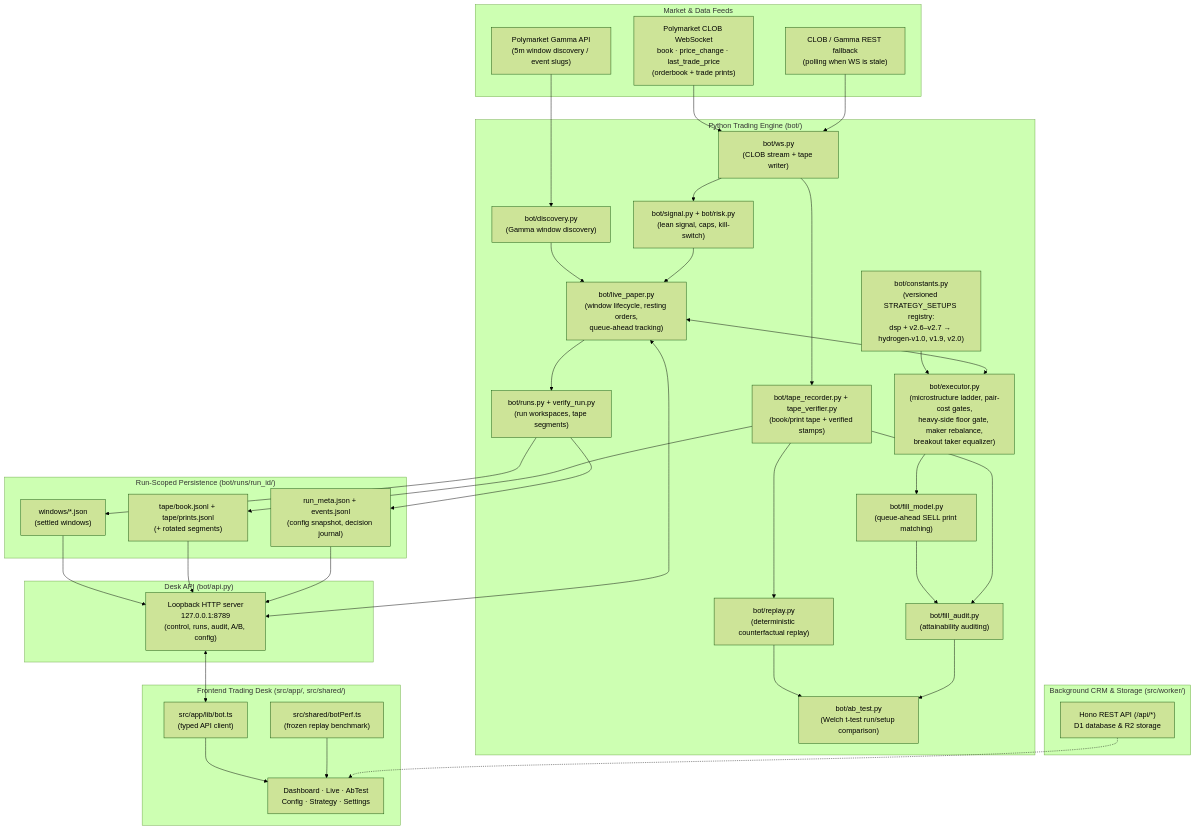
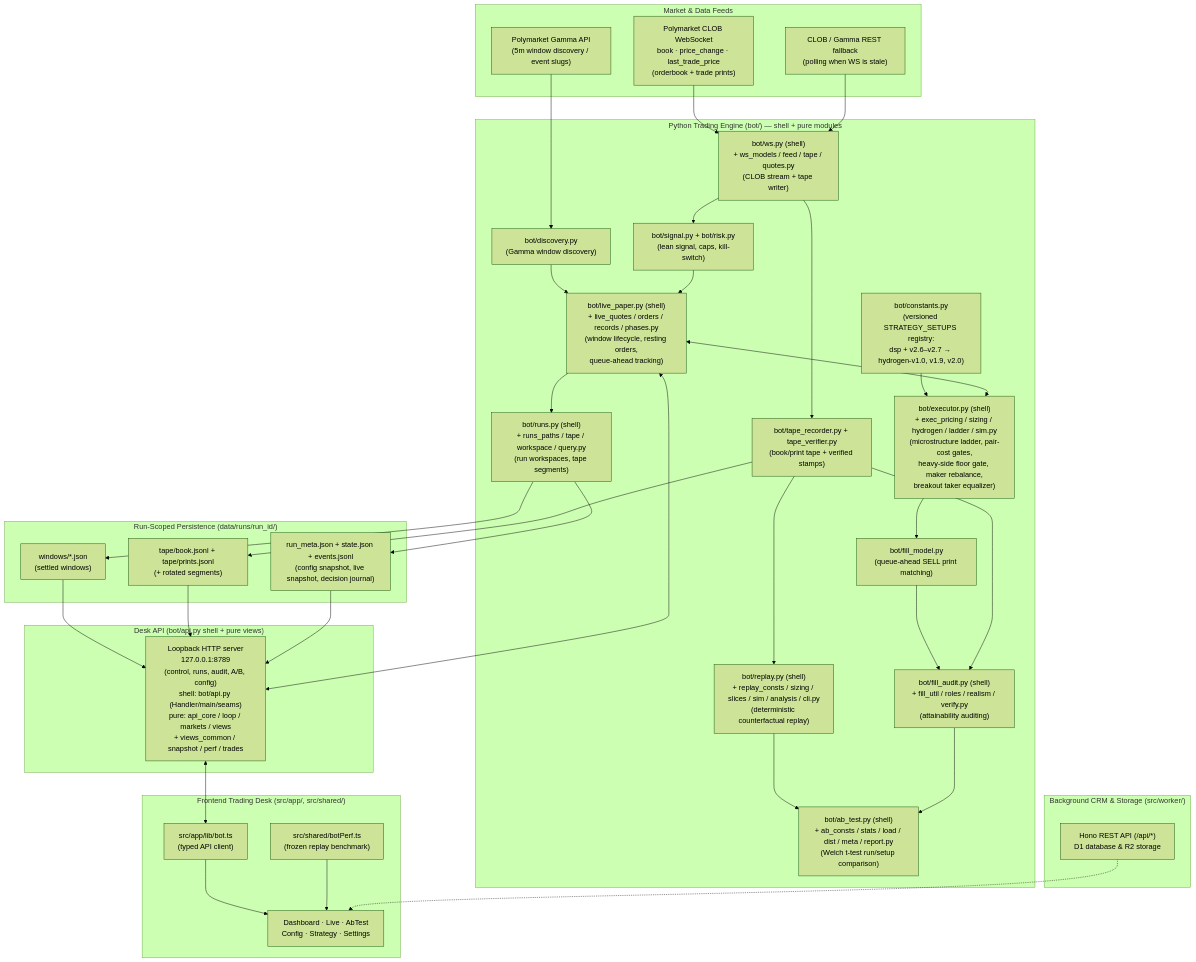
The diagram in docs/architecture.md (AI-Degen-69/dangerously-skip-permissions-Bot), drawn with Mermaid (forest theme) before and after one commit. The commit also changed other lines of this file and 68 other files, not shown here.

First line of the commit message:
[REFACTOR] Split god files into shell plus pure modules

````diff
--- a/docs/architecture.md
+++ b/docs/architecture.md
@@ -16,71 +16,71 @@
 ```mermaid
 flowchart TD
     subgraph MarketData ["Market & Data Feeds"]
         Gamma["Polymarket Gamma API<br/>(5m window discovery / event slugs)"]
         CLOB["Polymarket CLOB WebSocket<br/>book · price_change · last_trade_price<br/>(orderbook + trade prints)"]
         REST["CLOB / Gamma REST fallback<br/>(polling when WS is stale)"]
     end
 
-    subgraph BotEngine ["Python Trading Engine (bot/)"]
+    subgraph BotEngine ["Python Trading Engine (bot/) — shell + pure modules"]
         Discovery["bot/discovery.py<br/>(Gamma window discovery)"]
-        LivePaper["bot/live_paper.py<br/>(window lifecycle, resting orders,<br/>queue-ahead tracking)"]
-        Executor["bot/executor.py<br/>(microstructure ladder, pair-cost gates,<br/>heavy-side floor gate, maker rebalance,<br/>breakout taker equalizer)"]
+        LivePaper["bot/live_paper.py (shell)<br/>+ live_quotes / orders / records / phases.py<br/>(window lifecycle, resting orders,<br/>queue-ahead tracking)"]
+        Executor["bot/executor.py (shell)<br/>+ exec_pricing / sizing / hydrogen / ladder / sim.py<br/>(microstructure ladder, pair-cost gates,<br/>heavy-side floor gate, maker rebalance,<br/>breakout taker equalizer)"]
         Constants["bot/constants.py<br/>(versioned STRATEGY_SETUPS registry:<br/>dsp + v2.6–v2.7 → hydrogen-v1.0, v1.9, v2.0)"]
         Signal["bot/signal.py + bot/risk.py<br/>(lean signal, caps, kill-switch)"]
-        WS["bot/ws.py<br/>(CLOB stream + tape writer)"]
+        WS["bot/ws.py (shell)<br/>+ ws_models / feed / tape / quotes.py<br/>(CLOB stream + tape writer)"]
         FillModel["bot/fill_model.py<br/>(queue-ahead SELL print matching)"]
-        FillAudit["bot/fill_audit.py<br/>(attainability auditing)"]
+        FillAudit["bot/fill_audit.py (shell)<br/>+ fill_util / roles / realism / verify.py<br/>(attainability auditing)"]
         Tape["bot/tape_recorder.py + tape_verifier.py<br/>(book/print tape + verified stamps)"]
-        Replay["bot/replay.py<br/>(deterministic counterfactual replay)"]
-        AB["bot/ab_test.py<br/>(Welch t-test run/setup comparison)"]
-        Runs["bot/runs.py + verify_run.py<br/>(run workspaces, tape segments)"]
+        Replay["bot/replay.py (shell)<br/>+ replay_consts / sizing / slices / sim / analysis / cli.py<br/>(deterministic counterfactual replay)"]
+        AB["bot/ab_test.py (shell)<br/>+ ab_consts / stats / load / dist / meta / report.py<br/>(Welch t-test run/setup comparison)"]
+        Runs["bot/runs.py (shell)<br/>+ runs_paths / tape / workspace / query.py<br/>(run workspaces, tape segments)"]
     end
 
-    subgraph Persistence ["Run-Scoped Persistence (bot/runs/run_id/)"]
+    subgraph Persistence ["Run-Scoped Persistence (data/runs/run_id/)"]
         Windows["windows/*.json<br/>(settled windows)"]
         TapeJsonl["tape/book.jsonl + tape/prints.jsonl<br/>(+ rotated segments)"]
-        Meta["run_meta.json + events.jsonl<br/>(config snapshot, decision journal)"]
+        Meta["run_meta.json + state.json + events.jsonl<br/>(config snapshot, live snapshot, decision journal)"]
     end
 
-    subgraph DeskAPI ["Desk API (bot/api.py)"]
-        PyAPI["Loopback HTTP server<br/>127.0.0.1:8789<br/>(control, runs, audit, A/B, config)"]
+    subgraph DeskAPI ["Desk API (bot/api.py shell + pure views)"]
+        PyAPI["Loopback HTTP server<br/>127.0.0.1:8789<br/>(control, runs, audit, A/B, config)<br/>shell: bot/api.py (Handler/main/seams)<br/>pure: api_core / loop / markets / views<br/>+ views_common / snapshot / perf / trades"]
     end
 
     subgraph FrontendDesk ["Frontend Trading Desk (src/app/, src/shared/)"]
         Pages["Dashboard · Live · AbTest<br/>Config · Strategy · Settings"]
         BotClient["src/app/lib/bot.ts<br/>(typed API client)"]
         BotPerf["src/shared/botPerf.ts<br/>(frozen replay benchmark)"]
     end
 
     subgraph Worker ["Background CRM & Storage (src/worker/)"]
         HonoAPI["Hono REST API (/api/*)<br/>D1 database & R2 storage"]
     end
 
     %% Data flow
     Gamma --> Discovery --> LivePaper
     CLOB --> WS --> Signal --> LivePaper
     REST --> WS
     Constants --> Executor
     LivePaper <--> Executor
     Executor --> FillModel
     WS --> Tape
     FillModel --> FillAudit
     Tape --> FillAudit
     Tape --> Replay
     Replay --> AB
     FillAudit --> AB
     LivePaper --> Runs
     Runs --> Windows
     Tape --> TapeJsonl
     Runs --> Meta
 
     %% API + frontend
     Windows --> PyAPI
     TapeJsonl --> PyAPI
     Meta --> PyAPI
     PyAPI <--> LivePaper
     PyAPI <--> BotClient
     BotClient --> Pages
     BotPerf --> Pages
     HonoAPI -.-> Pages
 ```
````
